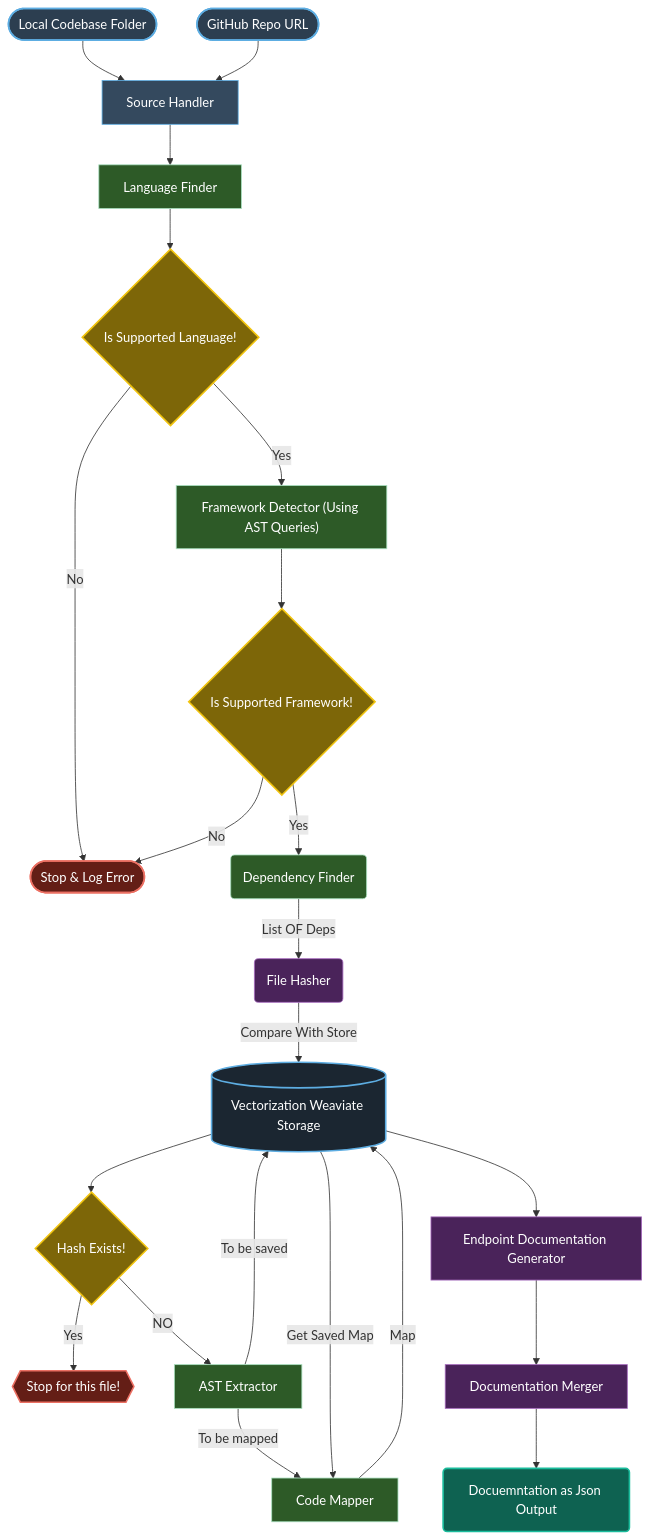
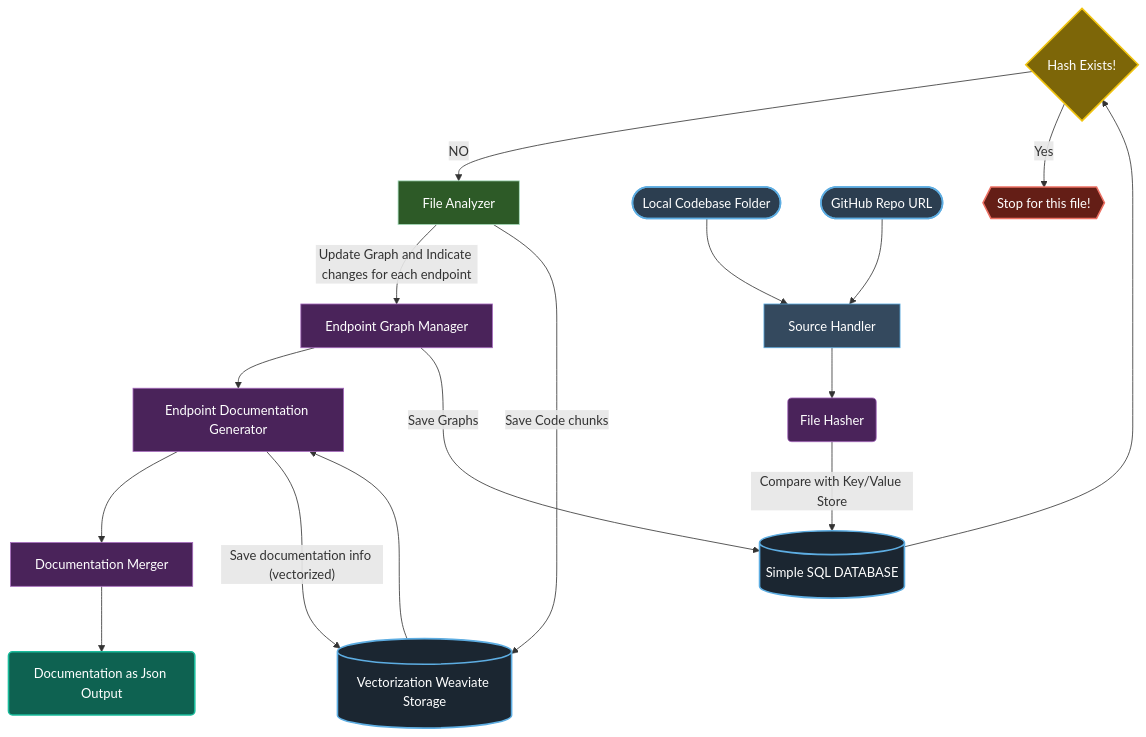
Before and after one commit to DocGen-io/DocGen-RAG: the diagram in README.md, drawn with Mermaid.

Commit message:
Update README.md
Change system pipeline by removing everything AST related and introducing filesAnalyzer that uses LLM.

````diff
--- a/README.md
+++ b/README.md
@@ -101,100 +101,84 @@
 graph TD
 
     %% Compare
-    SL{"Is Supported Language!"}
-    SF{"Is Supported Framework!"}
     HE{"Hash Exists!"}
     
     %% Stop
     SFF{{"Stop for this file!"}}
-   %% Stop(["Error: Not a REST API"])
 
-
-    %% Error
-    Error(["Stop & Log Error"])
-
-
-    %%  Input Sources
+    %% Input Sources
     Input1(["Local Codebase Folder"])
     Input2(["GitHub Repo URL"])
 
     SH["Source Handler"]
-    %% 2-3. Processing
-    LF["Language Finder"]
-    FD["Framework Detector (Using AST Queries)"]
-    DF("Dependency Finder")
+    
+    %% Processing
     FH("File Hasher")
-    DS[(" Vectorization Weaviate Storage")]
-    AST["AST Extractor"]
-    CM["Code Mapper"]
+    SQLL[("Simple SQL DATABASE")]
+    DS[("Vectorization Weaviate Storage")]
+    EGM["Endpoint Graph Manager"]
+    FA["File Analyzer"]
     EGR["Endpoint Documentation Generator"]
     DM["Documentation Merger"]
 
+    Output("Documentation as Json Output")
 
-    Output("Docuemntation as Json Output")
-
- 
-    
-   
-
-
-    %% Connections
+    %% ==========================================
+    %% 1. PRIMARY DOWNWARD FLOW 
+    %% (Defining this first forces a clean vertical hierarchy)
+    %% ==========================================
     Input1 --> SH
     Input2 --> SH
-    SH --> LF
-    LF --> SL
-    SL -- No --> Error
-    SL -- Yes --> FD
-    FD --> SF
-    SF -- No --> Error
-    SF -- Yes --> DF
-    DF -- List OF Deps --> FH
-    FH -- Compare With Store --> DS
-    DS --> HE
-    HE -- Yes --> SFF
-    HE -- NO --> AST
-    AST -- To be mapped --> CM
-    AST -- To be saved --> DS
-    CM -- Map --> DS
-    DS -- Get Saved Map --> CM
-    DS --> EGR
+    SH --> FH
+    FH -- Compare with Key/Value Store --> SQLL
+    SQLL --> HE
+    HE -- NO --> FA
+    FA -- Update Graph and Indicate changes for each endpoint --> EGM
+    EGM --> EGR
     EGR --> DM
     DM --> Output
 
+    %% ==========================================
+    %% 2. SIDE BRANCHES
+    %% ==========================================
+    HE -- Yes --> SFF
+    FA -- Save Code chunks --> DS
+    DS --> EGR
 
-      
-  %% Inputs: Deep Navy/Slate
-  style Input1 fill:#2c3e50,stroke:#5dade2,stroke-width:2px,color:#fff
-  style Input2 fill:#2c3e50,stroke:#5dade2,stroke-width:2px,color:#fff
-  style SH     fill:#34495e,stroke:#5dade2,stroke-width:1px,color:#fff
+    %% ==========================================
+    %% 3. LOOPBACKS (Extended Links)
+    %% (Using ---> prevents the layout from tangling)
+    %% ==========================================
+    EGR -- Save documentation info (vectorized) ---> DS
+    EGM -- Save Graphs ---> SQLL
 
-  %% Logic/Analyzers: Sage/Forest
-  style LF     fill:#2d5a27,stroke:#a9dfbf,stroke-width:1px,color:#fff
-  style FD     fill:#2d5a27,stroke:#a9dfbf,stroke-width:1px,color:#fff
-  style DF     fill:#2d5a27,stroke:#a9dfbf,stroke-width:1px,color:#fff
-  style AST    fill:#2d5a27,stroke:#a9dfbf,stroke-width:1px,color:#fff
-  style CM     fill:#2d5a27,stroke:#a9dfbf,stroke-width:1px,color:#fff
+    %% ==========================================
+    %% STYLES
+    %% ==========================================
+    %% Inputs: Deep Navy/Slate
+    style Input1 fill:#2c3e50,stroke:#5dade2,stroke-width:2px,color:#fff
+    style Input2 fill:#2c3e50,stroke:#5dade2,stroke-width:2px,color:#fff
+    style SH     fill:#34495e,stroke:#5dade2,stroke-width:1px,color:#fff
 
-  %% Decisions: Muted Amber/Gold (High visibility for logic gates)
-  style SL     fill:#7d6608,stroke:#f1c40f,stroke-width:2px,color:#fff
-  style SF     fill:#7d6608,stroke:#f1c40f,stroke-width:2px,color:#fff
-  style HE     fill:#7d6608,stroke:#f1c40f,stroke-width:2px,color:#fff
+    %% Logic/Analyzers: Sage/Forest
+    style FA     fill:#2d5a27,stroke:#a9dfbf,stroke-width:1px,color:#fff
 
-  %% Processing/Storage: Deep Purple/Indigo
-  style FH     fill:#4a235a,stroke:#a569bd,stroke-width:1px,color:#fff
-  style DS     fill:#1b2631,stroke:#5dade2,stroke-width:2px,color:#fff
-  style EGR    fill:#4a235a,stroke:#a569bd,stroke-width:1px,color:#fff
-  style DM     fill:#4a235a,stroke:#a569bd,stroke-width:1px,color:#fff
+    %% Decisions: Muted Amber/Gold
+    style HE     fill:#7d6608,stroke:#f1c40f,stroke-width:2px,color:#fff
 
-  %% Errors & Stops: Muted Crimson
-  style SFF    fill:#641e16,stroke:#ec7063,stroke-width:2px,color:#fff
-  style Error  fill:#641e16,stroke:#ec7063,stroke-width:2px,color:#fff
+    %% Processing/Management: Deep Purple/Indigo
+    style FH     fill:#4a235a,stroke:#a569bd,stroke-width:1px,color:#fff
+    style EGM    fill:#4a235a,stroke:#a569bd,stroke-width:1px,color:#fff
+    style EGR    fill:#4a235a,stroke:#a569bd,stroke-width:1px,color:#fff
+    style DM     fill:#4a235a,stroke:#a569bd,stroke-width:1px,color:#fff
 
- style Output fill:#0e6251,stroke:#1abc9c,stroke-width:2px,color:#fff
-    
-    
-  
+    %% Storage: Dark Navy
+    style SQLL   fill:#1b2631,stroke:#5dade2,stroke-width:2px,color:#fff
+    style DS     fill:#1b2631,stroke:#5dade2,stroke-width:2px,color:#fff
 
+    %% Errors & Stops: Muted Crimson
+    style SFF    fill:#641e16,stroke:#ec7063,stroke-width:2px,color:#fff
 
-
+    %% Outputs: Deep Teal
+    style Output fill:#0e6251,stroke:#1abc9c,stroke-width:2px,color:#fff
 ```
````
